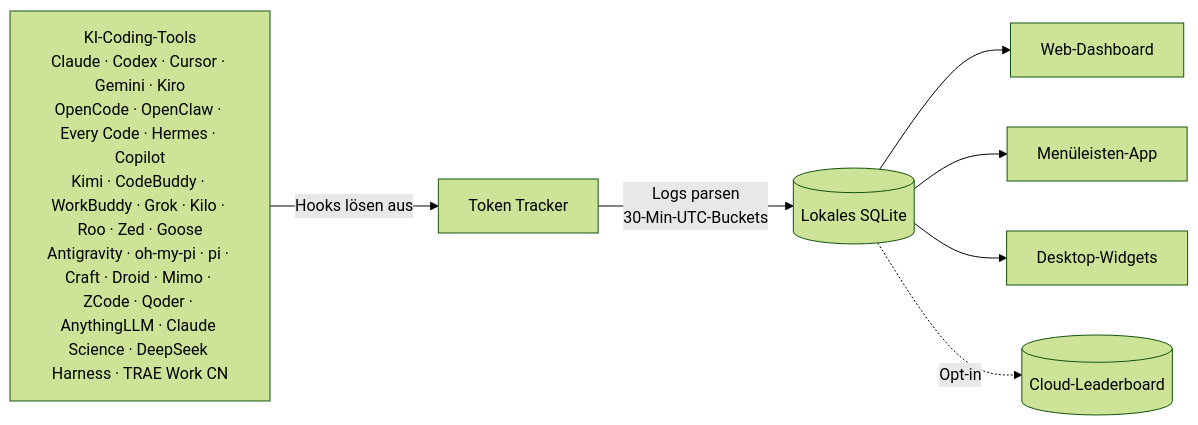
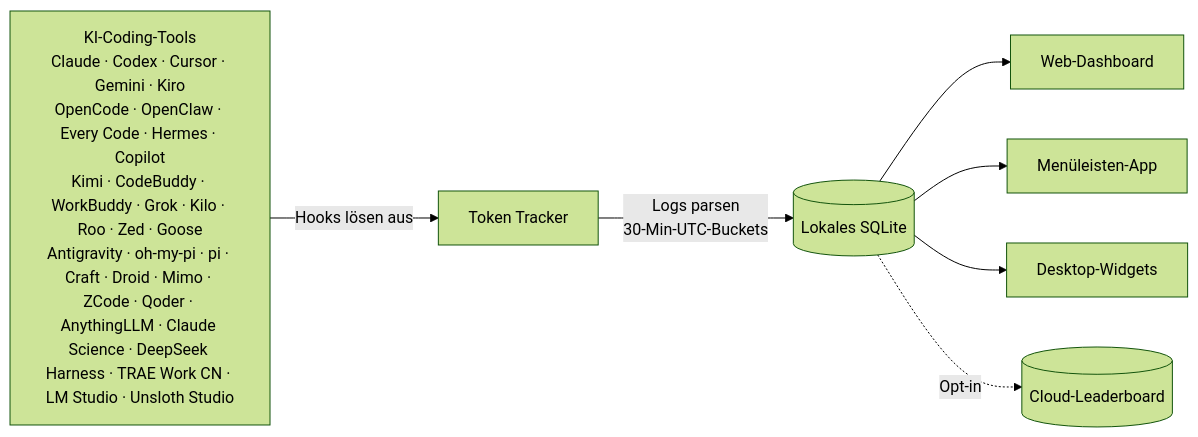
One commit to CrazyForks/TokenTracker changed the diagram in README.de.md. Above: the diagram before and after it, drawn with Mermaid (forest theme). The commit also changed other lines of this file and 31 other files, not shown here.

First line of the commit message:
Add LM Studio and Unsloth usage tracking (#552)

````diff
--- a/README.de.md
+++ b/README.de.md
@@ -233,10 +235,10 @@
 ```mermaid
 flowchart LR
-    A["KI-Coding-Tools<br/>Claude · Codex · Cursor · Gemini · Kiro<br/>OpenCode · OpenClaw · Every Code · Hermes · Copilot<br/>Kimi · CodeBuddy · WorkBuddy · Grok · Kilo · Roo · Zed · Goose<br/>Antigravity · oh-my-pi · pi · Craft · Droid · Mimo · ZCode · Qoder · AnythingLLM · Claude Science · DeepSeek Harness · TRAE Work CN"]
+    A["KI-Coding-Tools<br/>Claude · Codex · Cursor · Gemini · Kiro<br/>OpenCode · OpenClaw · Every Code · Hermes · Copilot<br/>Kimi · CodeBuddy · WorkBuddy · Grok · Kilo · Roo · Zed · Goose<br/>Antigravity · oh-my-pi · pi · Craft · Droid · Mimo · ZCode · Qoder · AnythingLLM · Claude Science · DeepSeek Harness · TRAE Work CN · LM Studio · Unsloth Studio"]
     A -->|Hooks lösen aus| B[Token Tracker]
     B -->|Logs parsen<br/>30-Min-UTC-Buckets| C[(Lokales SQLite)]
     C --> D[Web-Dashboard]
     C --> E[Menüleisten-App]
     C --> F[Desktop-Widgets]
     C -.->|Opt-in| G[(Cloud-Leaderboard)]
 ```
````
